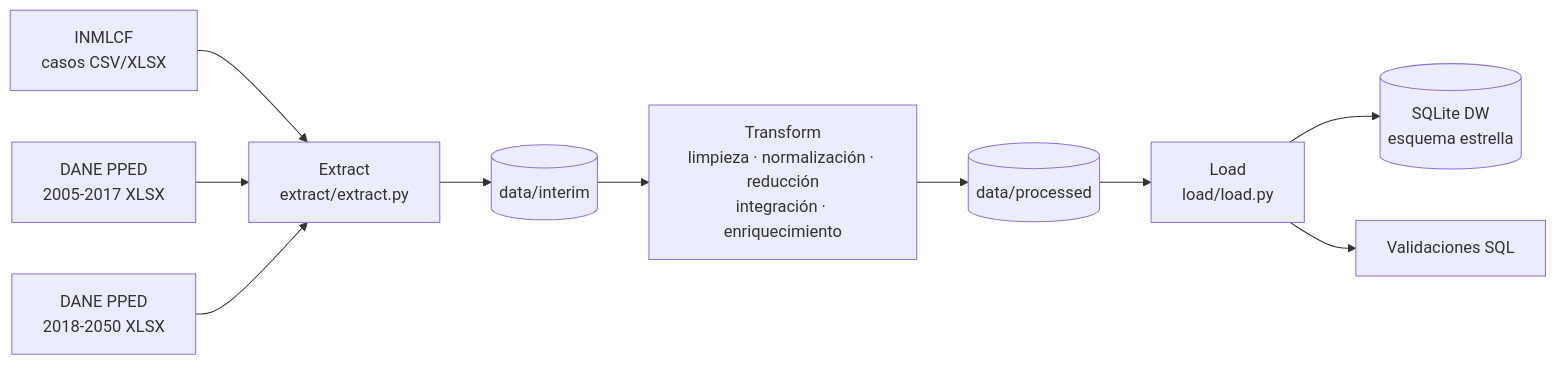
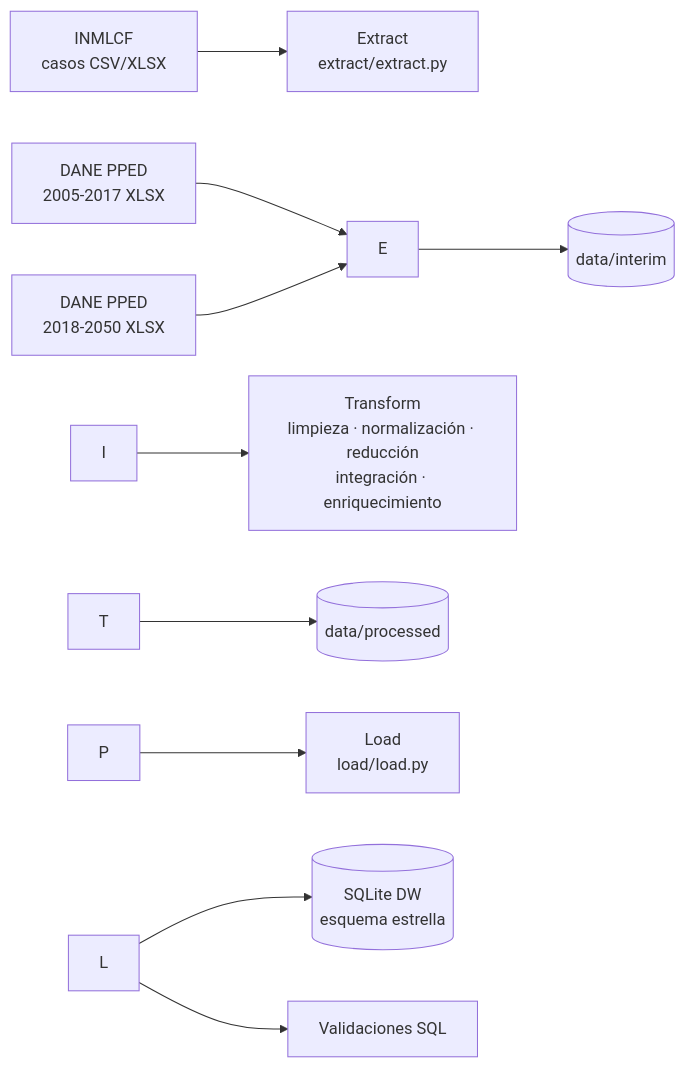
One commit to larryjol/etl-suicidios-colombia changed the first of 2 diagrams in README.md. Above: the diagram before and after it, drawn with Mermaid. The commit also changed other lines of this file, not shown here.

````diff
--- a/README.md
+++ b/README.md
@@ -50,12 +50,12 @@
 ```mermaid
 flowchart LR
-    A[INMLCF<br/>casos CSV/XLSX] --> E[Extract<br/>extract/extract.py]
-    B[DANE PPED<br/>2005-2017 XLSX] --> E
-    C[DANE PPED<br/>2018-2050 XLSX] --> E
-    E --> I[(data/interim)]
-    I --> T[Transform<br/>limpieza · normalización · reducción<br/>integración · enriquecimiento]
-    T --> P[(data/processed)]
-    P --> L[Load<br/>load/load.py]
-    L --> D[(SQLite DW<br/>esquema estrella)]
-    L --> V[Validaciones SQL]
+    A\[INMLCF<br/>casos CSV/XLSX] --> E\[Extract<br/>extract/extract.py]
+    B\[DANE PPED<br/>2005-2017 XLSX] --> E
+    C\[DANE PPED<br/>2018-2050 XLSX] --> E
+    E --> I\[(data/interim)]
+    I --> T\[Transform<br/>limpieza · normalización · reducción<br/>integración · enriquecimiento]
+    T --> P\[(data/processed)]
+    P --> L\[Load<br/>load/load.py]
+    L --> D\[(SQLite DW<br/>esquema estrella)]
+    L --> V\[Validaciones SQL]
 ```
````
